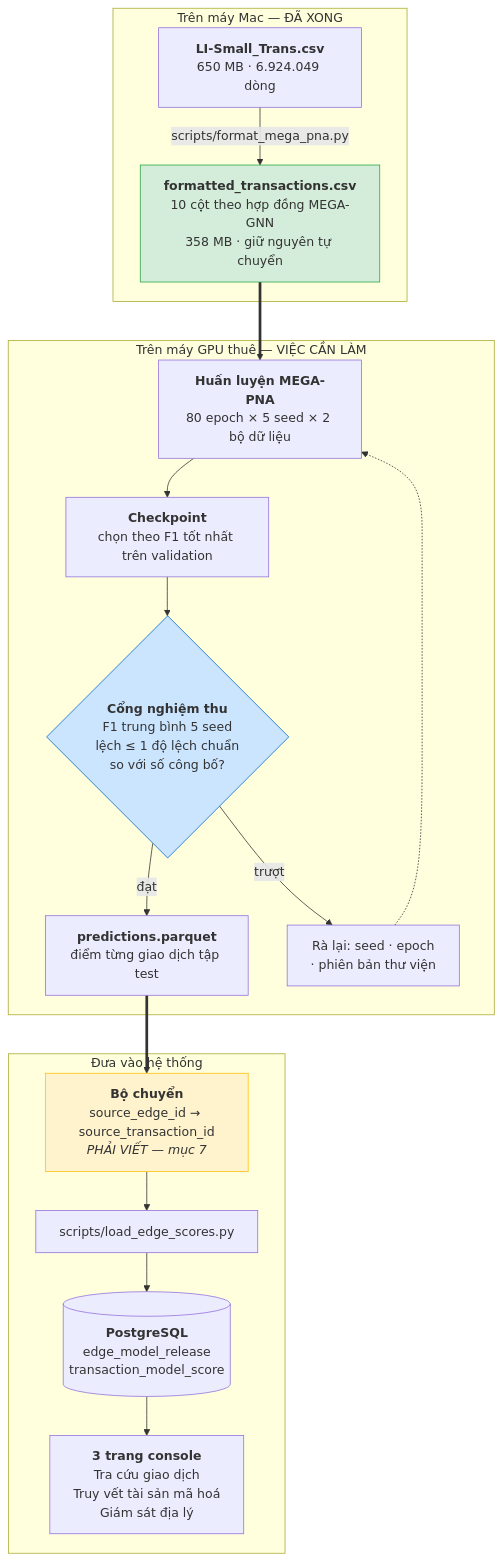
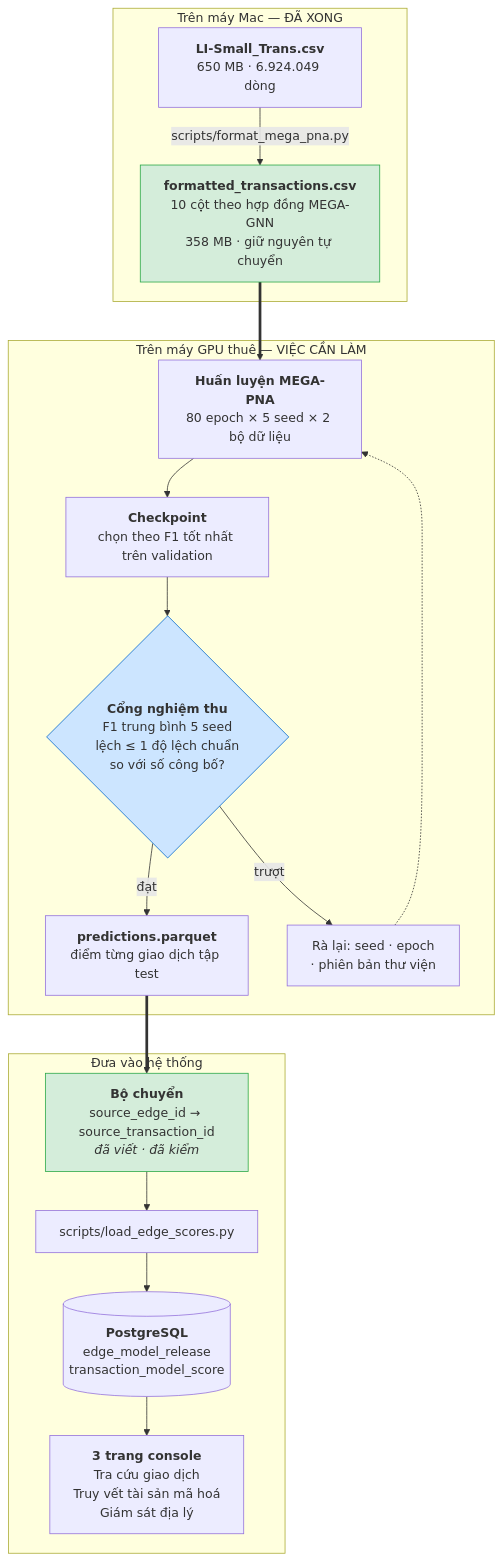
The first of 4 diagrams in docs/HUONG_DAN_DUNG_LAI_MODEL.md (fiezen13/aml-monitoring-investigation-system), drawn with Mermaid before and after one commit. The commit also changed other lines of this file and 1 other file, not shown here.

````diff
--- a/docs/HUONG_DAN_DUNG_LAI_MODEL.md
+++ b/docs/HUONG_DAN_DUNG_LAI_MODEL.md
@@ -139,31 +141,31 @@
 ```mermaid
 flowchart TD
     subgraph M["Trên máy Mac — ĐÃ XONG"]
         RAW["<b>LI-Small_Trans.csv</b><br/>650 MB · 6.924.049 dòng"]
         FMT["<b>formatted_transactions.csv</b><br/>10 cột theo hợp đồng MEGA-GNN<br/>358 MB · giữ nguyên tự chuyển"]
         RAW -->|"scripts/format_mega_pna.py"| FMT
     end
 
     subgraph G["Trên máy GPU thuê — VIỆC CẦN LÀM"]
         TRAIN["<b>Huấn luyện MEGA-PNA</b><br/>80 epoch × 5 seed × 2 bộ dữ liệu"]
         CKPT["<b>Checkpoint</b><br/>chọn theo F1 tốt nhất trên validation"]
         GATE{"<b>Cổng nghiệm thu</b><br/>F1 trung bình 5 seed<br/>lệch ≤ 1 độ lệch chuẩn<br/>so với số công bố?"}
         PRED["<b>predictions.parquet</b><br/>điểm từng giao dịch tập test"]
         FMT ==> TRAIN --> CKPT --> GATE
         GATE -->|"đạt"| PRED
         GATE -->|"trượt"| FIX["Rà lại: seed · epoch<br/>· phiên bản thư viện"]
         FIX -.-> TRAIN
     end
 
     subgraph P["Đưa vào hệ thống"]
-        ADAPT["<b>Bộ chuyển</b><br/>source_edge_id → source_transaction_id<br/><i>PHẢI VIẾT — mục 7</i>"]
+        ADAPT["<b>Bộ chuyển</b><br/>source_edge_id → source_transaction_id<br/><i>đã viết · đã kiểm</i>"]
         LOAD["scripts/load_edge_scores.py"]
         PG[("<b>PostgreSQL</b><br/>edge_model_release<br/>transaction_model_score")]
         UI["<b>3 trang console</b><br/>Tra cứu giao dịch<br/>Truy vết tài sản mã hoá<br/>Giám sát địa lý"]
         PRED ==> ADAPT --> LOAD --> PG --> UI
     end
 
     style FMT fill:#d4edda,stroke:#28a745
-    style ADAPT fill:#fff3cd,stroke:#ffc107
+    style ADAPT fill:#d4edda,stroke:#28a745
     style GATE fill:#cce5ff,stroke:#0066cc
 ```
````
